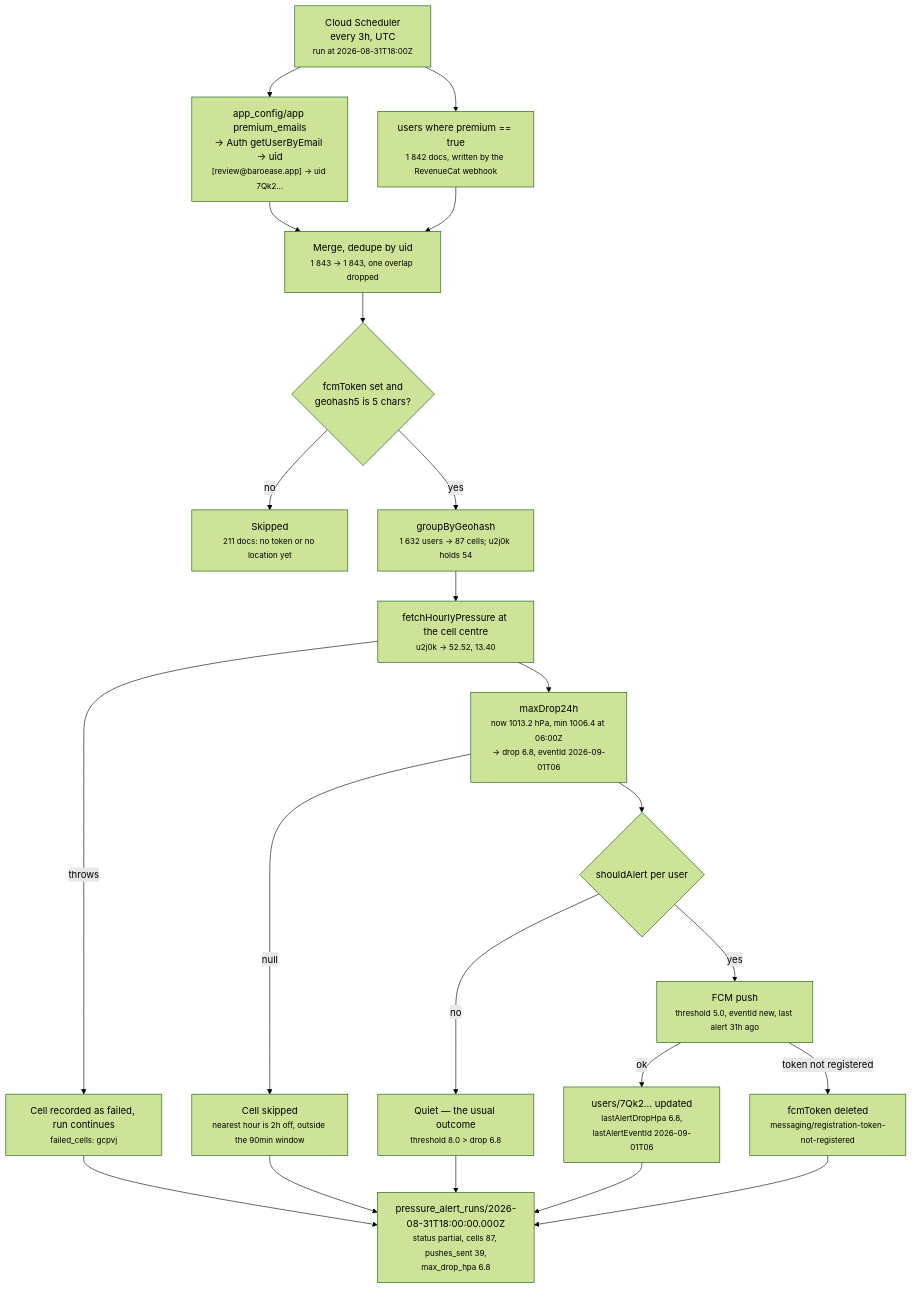
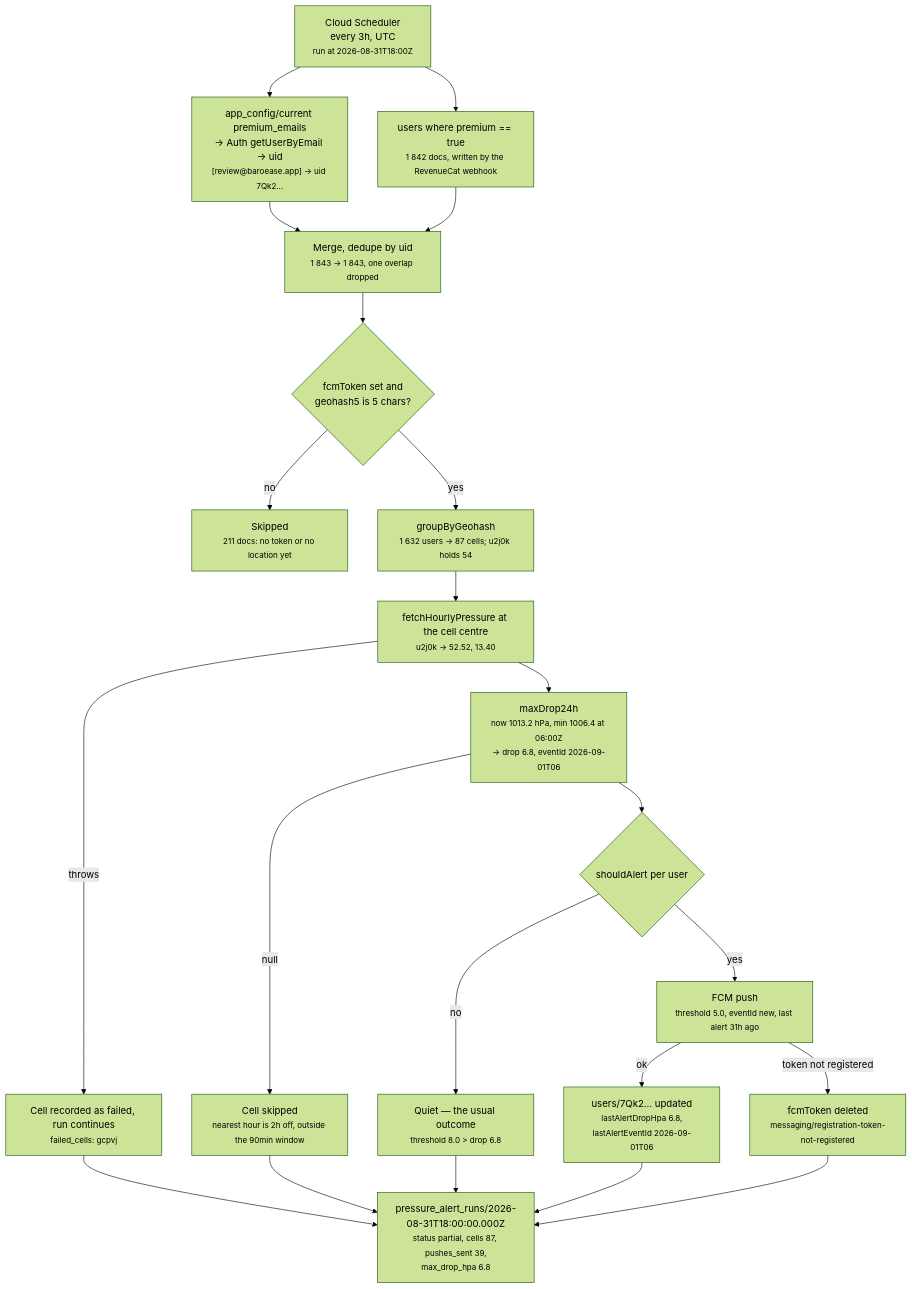
Before and after one commit to DAMHONGDUC/migraine-tracker: the third of 3 diagrams in README.md, drawn with Mermaid (forest theme). The commit also changed other lines of this file and 8 other files, not shown here.

Commit message:
docs: update docs - detail is the config document is named current

````diff
--- a/README.md
+++ b/README.md
@@ -252,24 +252,24 @@
 ```mermaid
 flowchart TD
-  A["Cloud Scheduler<br/>every 3h, UTC<br/><small>run at 2026-08-31T18:00Z</small>"] --> B["app_config/app premium_emails<br/>→ Auth getUserByEmail → uid<br/><small>[review@baroease.app] → uid 7Qk2…</small>"]
+  A["Cloud Scheduler<br/>every 3h, UTC<br/><small>run at 2026-08-31T18:00Z</small>"] --> B["app_config/current premium_emails<br/>→ Auth getUserByEmail → uid<br/><small>[review@baroease.app] → uid 7Qk2…</small>"]
   A --> C["users where premium == true<br/><small>1 842 docs, written by the RevenueCat webhook</small>"]
   B --> D["Merge, dedupe by uid<br/><small>1 843 → 1 843, one overlap dropped</small>"]
   C --> D
   D --> E{"fcmToken set and<br/>geohash5 is 5 chars?"}
   E -- "no" --> F["Skipped<br/><small>211 docs: no token or no location yet</small>"]
   E -- "yes" --> G["groupByGeohash<br/><small>1 632 users → 87 cells; u2j0k holds 54</small>"]
   G --> H["fetchHourlyPressure at the cell centre<br/><small>u2j0k → 52.52, 13.40</small>"]
   H -- "throws" --> I["Cell recorded as failed, run continues<br/><small>failed_cells: gcpvj</small>"]
   H --> J["maxDrop24h<br/><small>now 1013.2 hPa, min 1006.4 at 06:00Z<br/>→ drop 6.8, eventId 2026-09-01T06</small>"]
   J -- "null" --> K["Cell skipped<br/><small>nearest hour is 2h off, outside the 90min window</small>"]
   J --> L{"shouldAlert per user"}
   L -- "no" --> M["Quiet — the usual outcome<br/><small>threshold 8.0 &gt; drop 6.8</small>"]
   L -- "yes" --> N["FCM push<br/><small>threshold 5.0, eventId new, last alert 31h ago</small>"]
   N -- "ok" --> O["users/7Qk2… updated<br/><small>lastAlertDropHpa 6.8,<br/>lastAlertEventId 2026-09-01T06</small>"]
   N -- "token not registered" --> P["fcmToken deleted<br/><small>messaging/registration-token-not-registered</small>"]
   I --> Q
   K --> Q
   M --> Q
   O --> Q
   P --> Q["pressure_alert_runs/2026-08-31T18:00:00.000Z<br/><small>status partial, cells 87, pushes_sent 39,<br/>max_drop_hpa 6.8</small>"]
 ```
````
